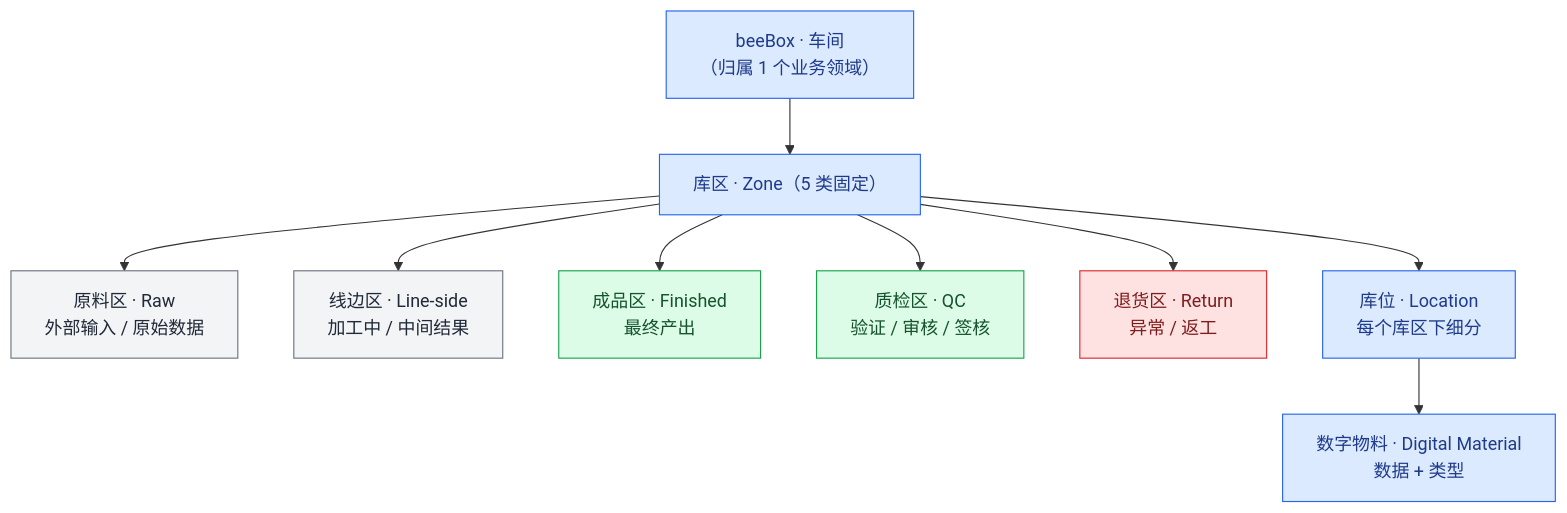
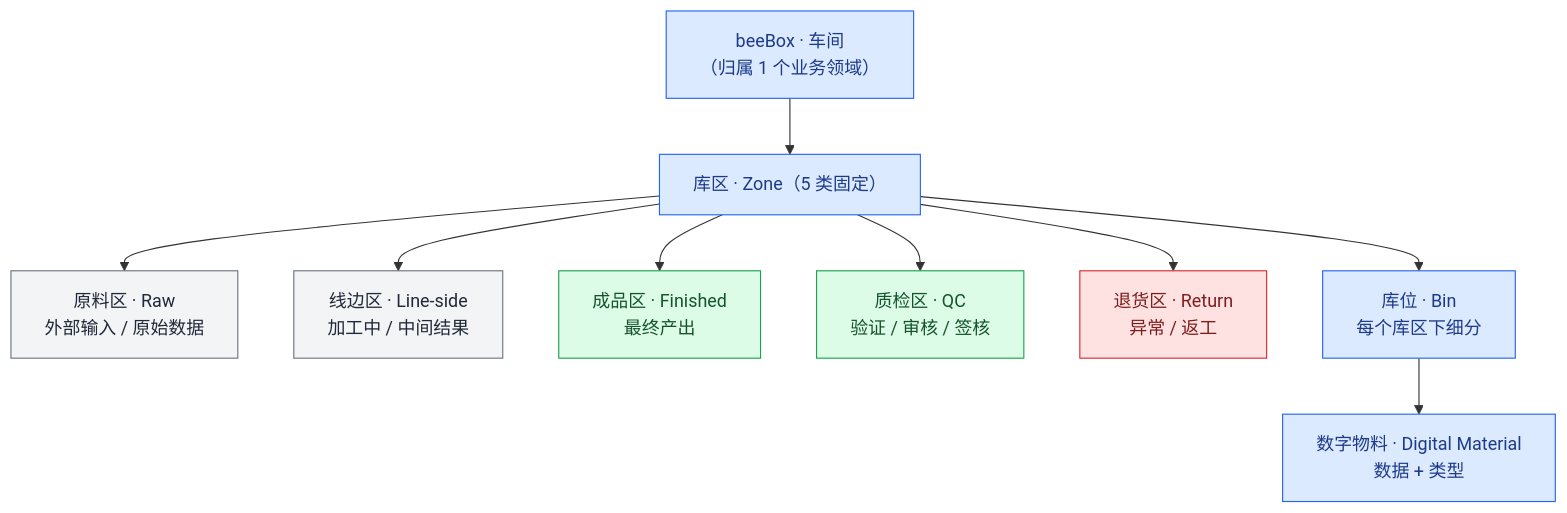
The third of 4 diagrams in docs/architecture/kernel-design.md (chehuizi/beeOS), drawn with Mermaid before and after one commit. The commit also changed other lines of this file, not shown here.

First line of the commit message:
docs: 库位英文 Location → Bin（WMS 标准）

````diff
--- a/docs/architecture/kernel-design.md
+++ b/docs/architecture/kernel-design.md
@@ -168,30 +168,30 @@
 ```mermaid
 graph TB
     beeBox["beeBox · 车间<br/>（归属 1 个业务领域）"]
     zones["库区 · Zone（5 类固定）"]
     raw["原料区 · Raw<br/>外部输入 / 原始数据"]
     line["线边区 · Line-side<br/>加工中 / 中间结果"]
     finished["成品区 · Finished<br/>最终产出"]
     qc["质检区 · QC<br/>验证 / 审核 / 签核"]
     return["退货区 · Return<br/>异常 / 返工"]
-    locations["库位 · Location<br/>每个库区下细分"]
+    bins["库位 · Bin<br/>每个库区下细分"]
     materials["数字物料 · Digital Material<br/>数据 + 类型"]
 
     beeBox --> zones
     zones --> raw
     zones --> line
     zones --> finished
     zones --> qc
     zones --> return
-    zones --> locations
-    locations --> materials
+    zones --> bins
+    bins --> materials
 
     classDef box fill:#dbeafe,stroke:#2563eb,color:#1e3a8a
     classDef ok fill:#dcfce7,stroke:#16a34a,color:#14532d
     classDef bad fill:#fee2e2,stroke:#dc2626,color:#7f1d1d
     classDef neutral fill:#f3f4f6,stroke:#6b7280,color:#1f2937
-    class beeBox,zones,locations,materials box
+    class beeBox,zones,bins,materials box
     class raw,line neutral
     class finished,qc ok
     class return bad
 ```
````
